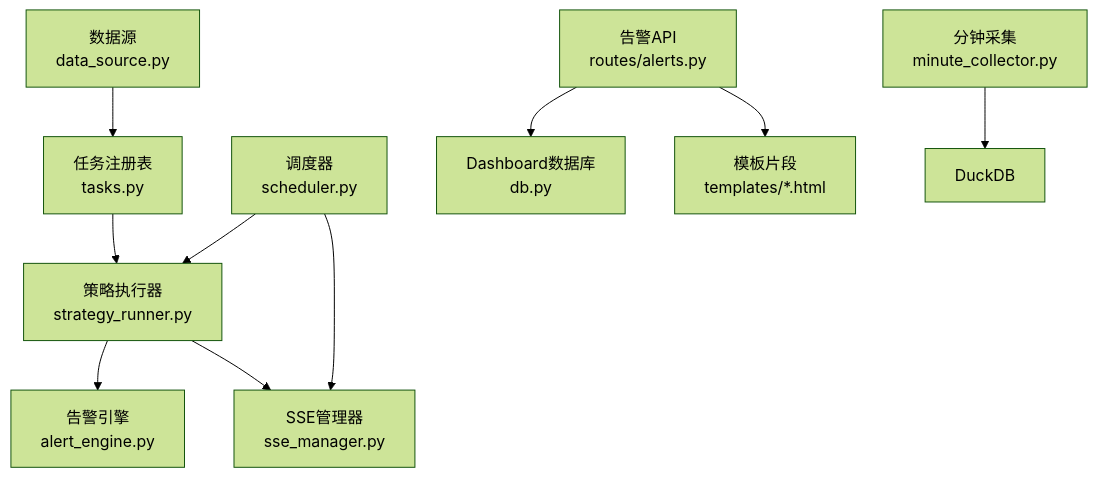
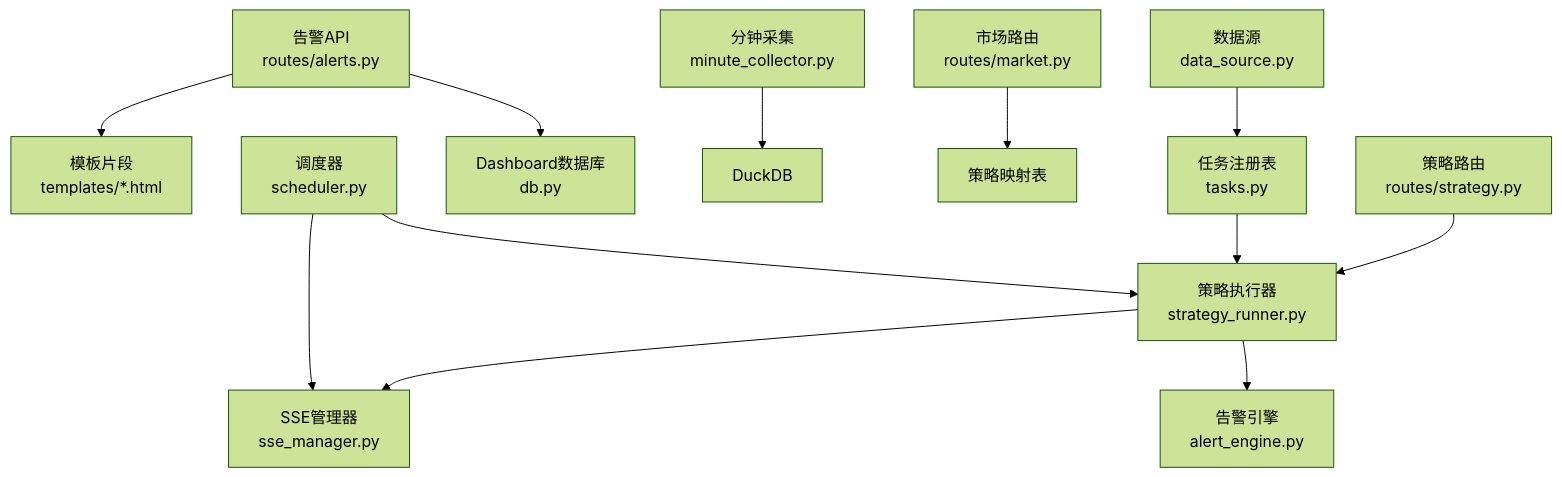
Before and after one commit to ldeng76/quant-ETF: the ninth of 9 diagrams in .qoder/repowiki/zh/content/实时监控和告警系统/实时监控和告警系统.md, drawn with Mermaid (forest theme). The commit also changed other lines of this file and 12 other files, not shown here.

````diff
--- a/.qoder/repowiki/zh/content/实时监控和告警系统/实时监控和告警系统.md
+++ b/.qoder/repowiki/zh/content/实时监控和告警系统/实时监控和告警系统.md
@@ -327,12 +416,14 @@
 ```mermaid
 graph TB
 Tasks["任务注册表<br/>tasks.py"] --> Runner["策略执行器<br/>strategy_runner.py"]
 Runner --> Alert["告警引擎<br/>alert_engine.py"]
 Runner --> SSE["SSE管理器<br/>sse_manager.py"]
 Scheduler["调度器<br/>scheduler.py"] --> Runner
 Scheduler --> SSE
 AlertsAPI["告警API<br/>routes/alerts.py"] --> DB["Dashboard数据库<br/>db.py"]
 AlertsAPI --> Templates["模板片段<br/>templates/*.html"]
 Minute["分钟采集<br/>minute_collector.py"] --> DuckDB["DuckDB"]
 DataSource["数据源<br/>data_source.py"] --> Tasks
+MarketRoute["市场路由<br/>routes/market.py"] --> StrategyMap["策略映射表"]
+StrategyRoute["策略路由<br/>routes/strategy.py"] --> Runner
 ```
````
